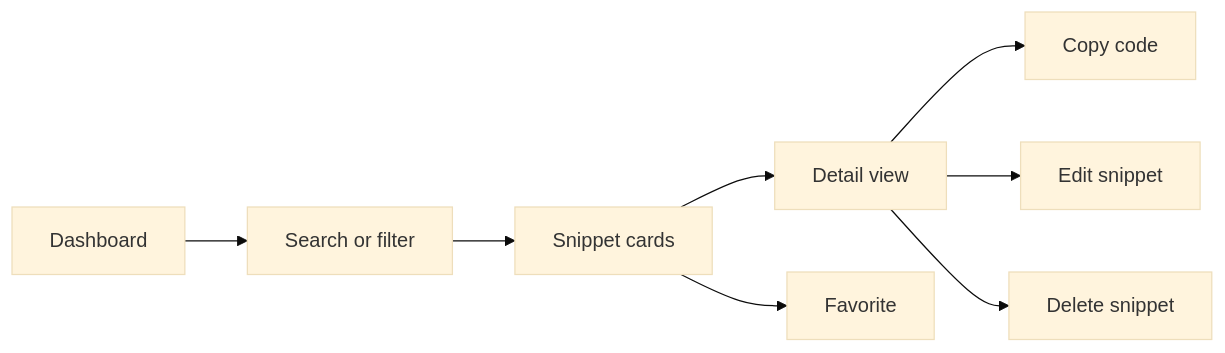
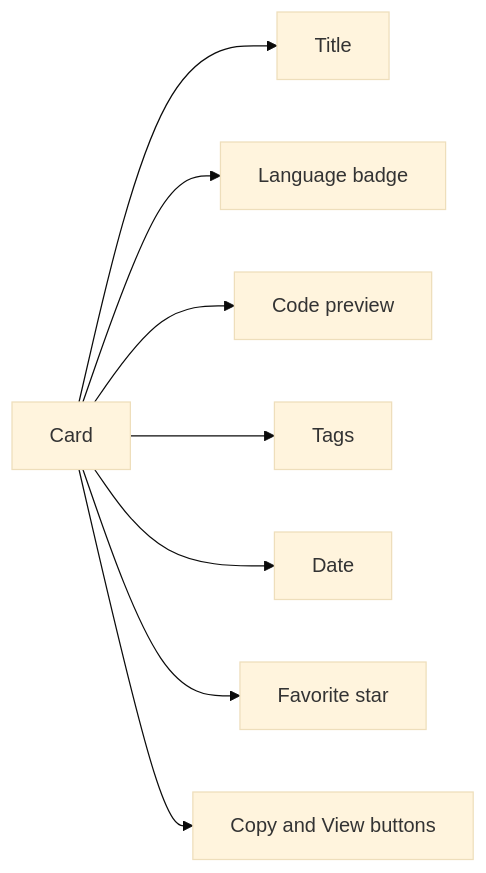
The second of 2 diagrams in api2-documentation/plan_2026-11-02_f8890e/user-facing-docs/snippet-library.md (Mohita111/API2), drawn with Mermaid (base theme) before and after one commit. The commit also changed other lines of this file and 13 other files, not shown here.

````diff
--- a/api2-documentation/plan_2026-11-02_f8890e/user-facing-docs/snippet-library.md
+++ b/api2-documentation/plan_2026-11-02_f8890e/user-facing-docs/snippet-library.md
@@ -46,10 +62,10 @@
 ```mermaid
 graph LR
-  A[Dashboard] --> B[Search or filter]
-  B --> C[Snippet cards]
-  C --> D[Detail view]
-  D --> E[Copy code]
-  D --> F[Edit snippet]
-  D --> G[Delete snippet]
-  C --> H[Favorite]
+    A[Card] --> B[Title]
+    A --> C[Language badge]
+    A --> D[Code preview]
+    A --> E[Tags]
+    A --> F[Date]
+    A --> G[Favorite star]
+    A --> H[Copy and View buttons]
 ```
````
